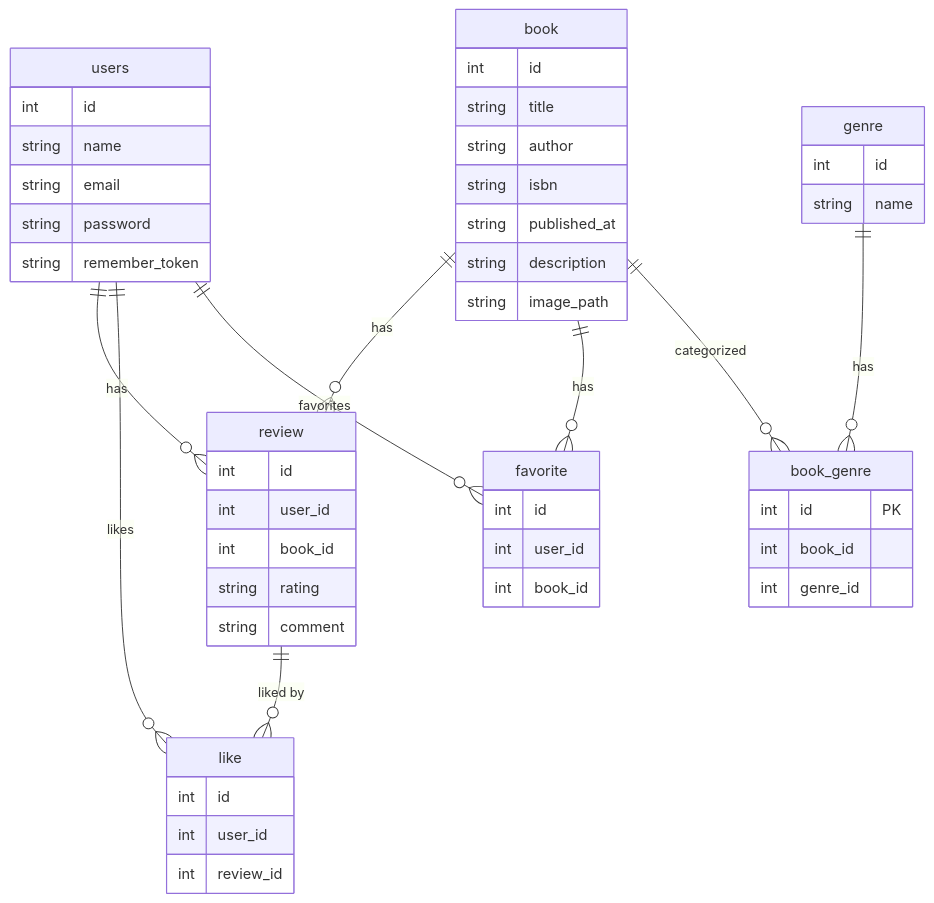
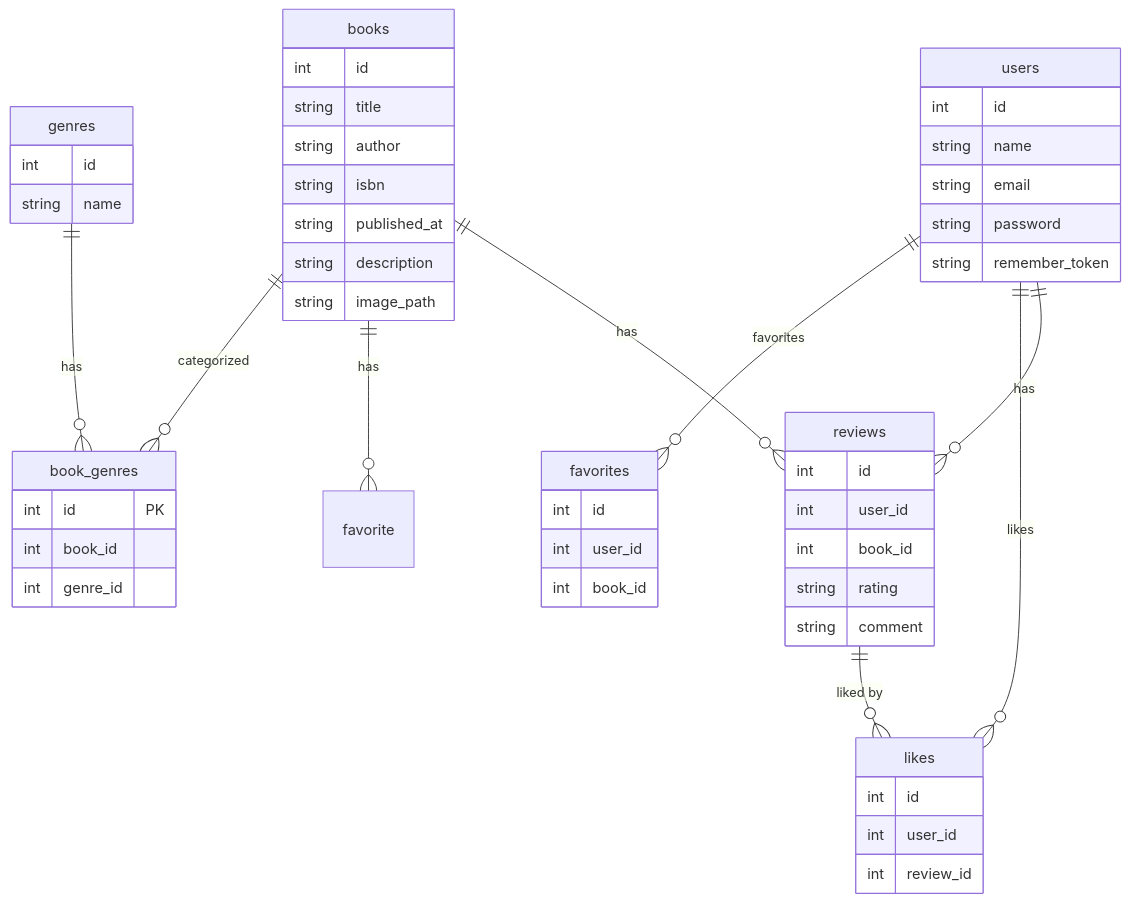
The diagram in README.md (Denchan55/Bookshelf-v2), drawn with Mermaid before and after one commit. The commit also changed 9 other files, not shown here.

````diff
--- a/README.md
+++ b/README.md
@@ -1,60 +1,63 @@
 ```mermaid
 erDiagram
   users {
     int id
     string name
     string email
     string password
     string remember_token
   }
 
-  book {
+  books {
     int id
     string title
     string author
     string isbn
     string published_at
     string description
     string image_path
   }
 
-  review {
+  reviews {
     int id
     int user_id
     int book_id
     string rating
     string comment
   }
 
-  like {
+  likes {
     int id
     int user_id
     int review_id
   }
 
-  favorite{
+  favorites{
     int id
     int user_id
     int book_id
   }
 
-  genre{
+  genres{
     int id
     string name
   }
 
-  book_genre {
+  book_genres {
     int id PK
     int book_id
     int genre_id
   }
 
-    users ||--o{ review : "has"
-    users ||--o{ like : "likes"
-    users ||--o{ favorite : "favorites"
-    book ||--o{ review : "has"
-    book ||--o{ favorite : "has"
-    review ||--o{ like : "liked by"
-    book ||--o{ book_genre : "categorized"
-    genre ||--o{ book_genre : "has"
+    users ||--o{ reviews : "has"
+    users ||--o{ likes : "likes"
+    users ||--o{ favorites : "favorites"
+
+    books ||--o{ reviews : "has"
+    books ||--o{ favorite : "has"
+    books ||--o{ book_genres : "categorized"
+
+    reviews ||--o{ likes : "liked by"
+
+    genres ||--o{ book_genres : "has"
 ```
````
